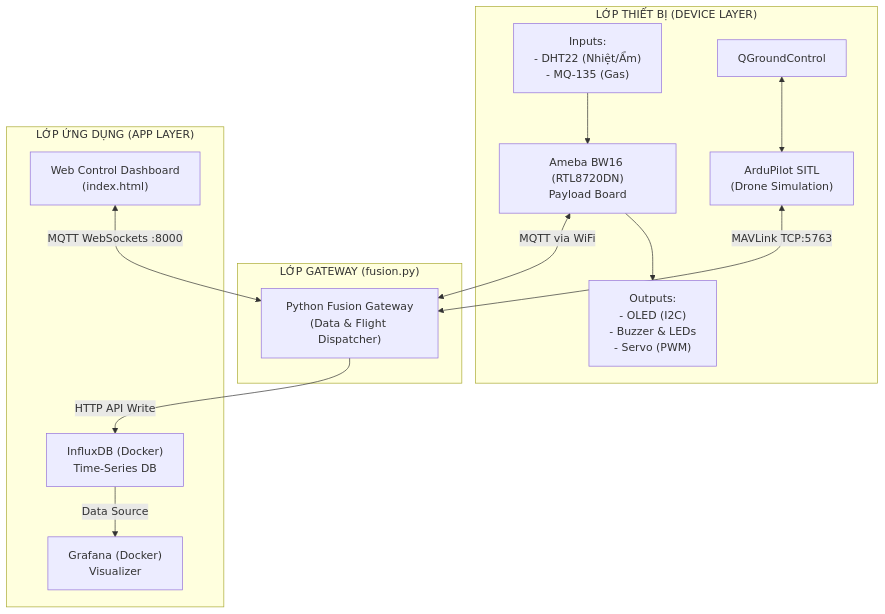
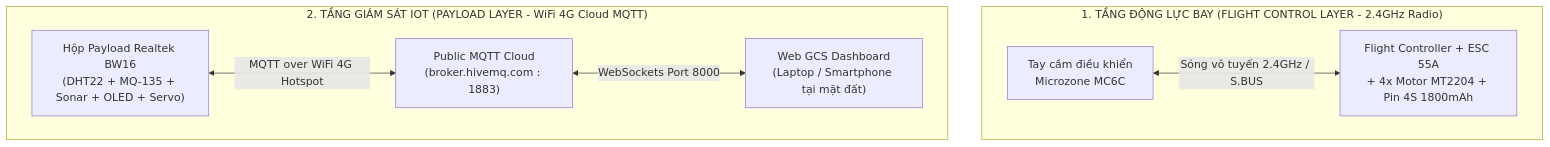
One commit to KH4NHTU0NG/IOT102_DRONE-PROJECT changed the diagram in README.md. Above: the diagram before and after it, drawn with Mermaid. The commit also changed other lines of this file and 10 other files, not shown here.

Commit message:
Restructure project into academic 3-folder layout (1_BW16_IoT_Payload, 2_Web_GCS_Dashboard, 3_Academic_Reports) and rewrite README.md for real flight deployment

````diff
--- a/README.md
+++ b/README.md
@@ -16,33 +22,11 @@
 ```mermaid
 graph TD
-    subgraph Device_Layer["LỚP THIẾT BỊ (DEVICE LAYER)"]
-        BW16["Ameba BW16 (RTL8720DN)<br>Payload Board"]
-        Sensors["Inputs:<br>- DHT22 (Nhiệt/Ẩm)<br>- MQ-135 (Gas)"]
-        Outputs["Outputs:<br>- OLED (I2C)<br>- Buzzer & LEDs<br>- Servo (PWM)"]
-        
-        SITL["ArduPilot SITL<br>(Drone Simulation)"]
-        QGC["QGroundControl"]
-        
-        Sensors --> BW16
-        BW16 --> Outputs
-        QGC <--> SITL
+    subgraph Flight_Layer["1. TẦNG ĐỘNG LỰC BAY (FLIGHT CONTROL LAYER - 2.4GHz Radio)"]
+        MC6C["Tay cầm điều khiển<br>Microzone MC6C"] <-->|Sóng vô tuyến 2.4GHz / S.BUS| FC["Flight Controller + ESC 55A<br>+ 4x Motor MT2204 + Pin 4S 1800mAh"]
     end
 
-    subgraph Gateway_Layer["LỚP GATEWAY (fusion.py)"]
-        Fusion["Python Fusion Gateway<br>(Data & Flight Dispatcher)"]
+    subgraph IoT_Layer["2. TẦNG GIÁM SÁT IOT (PAYLOAD LAYER - WiFi 4G Cloud MQTT)"]
+        BW16["Hộp Payload Realtek BW16<br>(DHT22 + MQ-135 + Sonar + OLED + Servo)"] <-->|MQTT over WiFi 4G Hotspot| HiveMQ["Public MQTT Cloud<br>(broker.hivemq.com : 1883)"]
+        HiveMQ <-->|WebSockets Port 8000| WebDash["Web GCS Dashboard<br>(Laptop / Smartphone tại mặt đất)"]
     end
-
-    subgraph App_Layer["LỚP ỨNG DỤNG (APP LAYER)"]
-        WebDash["Web Control Dashboard<br>(index.html)"]
-        DB["InfluxDB (Docker)<br>Time-Series DB"]
-        Grafana["Grafana (Docker)<br>Visualizer"]
-    end
-
-    BW16 <-->|MQTT via WiFi| Fusion
-    SITL <-->|MAVLink TCP:5763| Fusion
-    
-    Fusion -->|HTTP API Write| DB
-    DB -->|Data Source| Grafana
-    
-    WebDash <-->|MQTT WebSockets :8000| Fusion
 ```
````
